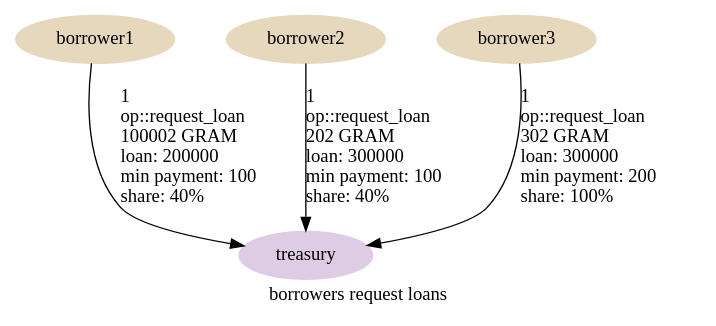
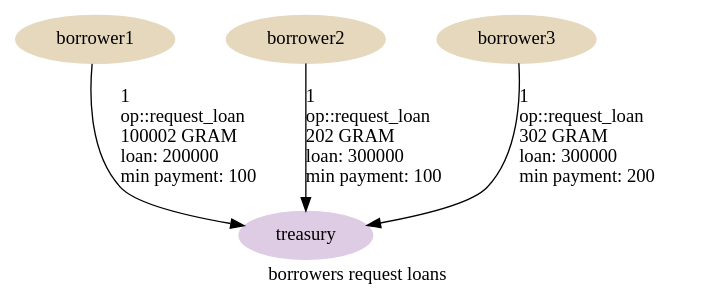
Before and after one commit to HipoFinance/contract: the diagram in graphs/04-request-loan.dot, drawn with Graphviz. The commit also changed 34 other files, not shown here.

```diff
--- a/graphs/04-request-loan.dot
+++ b/graphs/04-request-loan.dot
@@ -1,17 +1,17 @@
 digraph {
     label="borrowers request loans"
     node [ colorscheme=pastel19 style=filled ]
 
     /* Entities */
     borrower1, borrower2, borrower3 [ color=7 ]
     treasury [ color=4 ]
 
     /* Relationships */
-    borrower1 -> treasury [ label="1\l op::request_loan\l 100002 GRAM\l loan: 200000\l min payment: 100\l share: 40%\l" ]
-    borrower2 -> treasury [ label="1\l op::request_loan\l 202 GRAM\l loan: 300000\l min payment: 100\l share: 40%\l" ]
-    borrower3 -> treasury [ label="1\l op::request_loan\l 302 GRAM\l loan: 300000\l min payment: 200\l share: 100%\l" ]
+    borrower1 -> treasury [ label="1\l op::request_loan\l 100002 GRAM\l loan: 200000\l min payment: 100\l" ]
+    borrower2 -> treasury [ label="1\l op::request_loan\l 202 GRAM\l loan: 300000\l min payment: 100\l" ]
+    borrower3 -> treasury [ label="1\l op::request_loan\l 302 GRAM\l loan: 300000\l min payment: 200\l" ]
 
     /* Ranks */
     { rank=min borrower1 borrower2 borrower3 }
     { rank=max treasury }
 }
```
